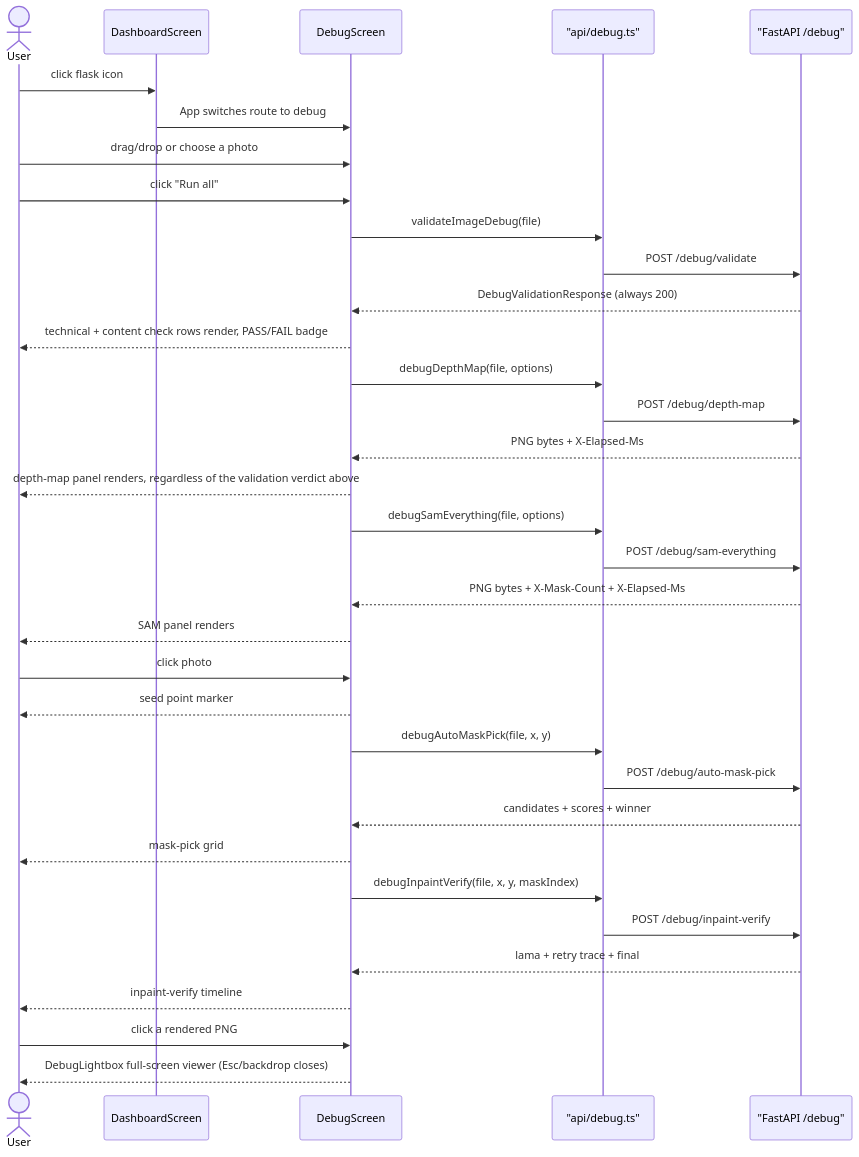
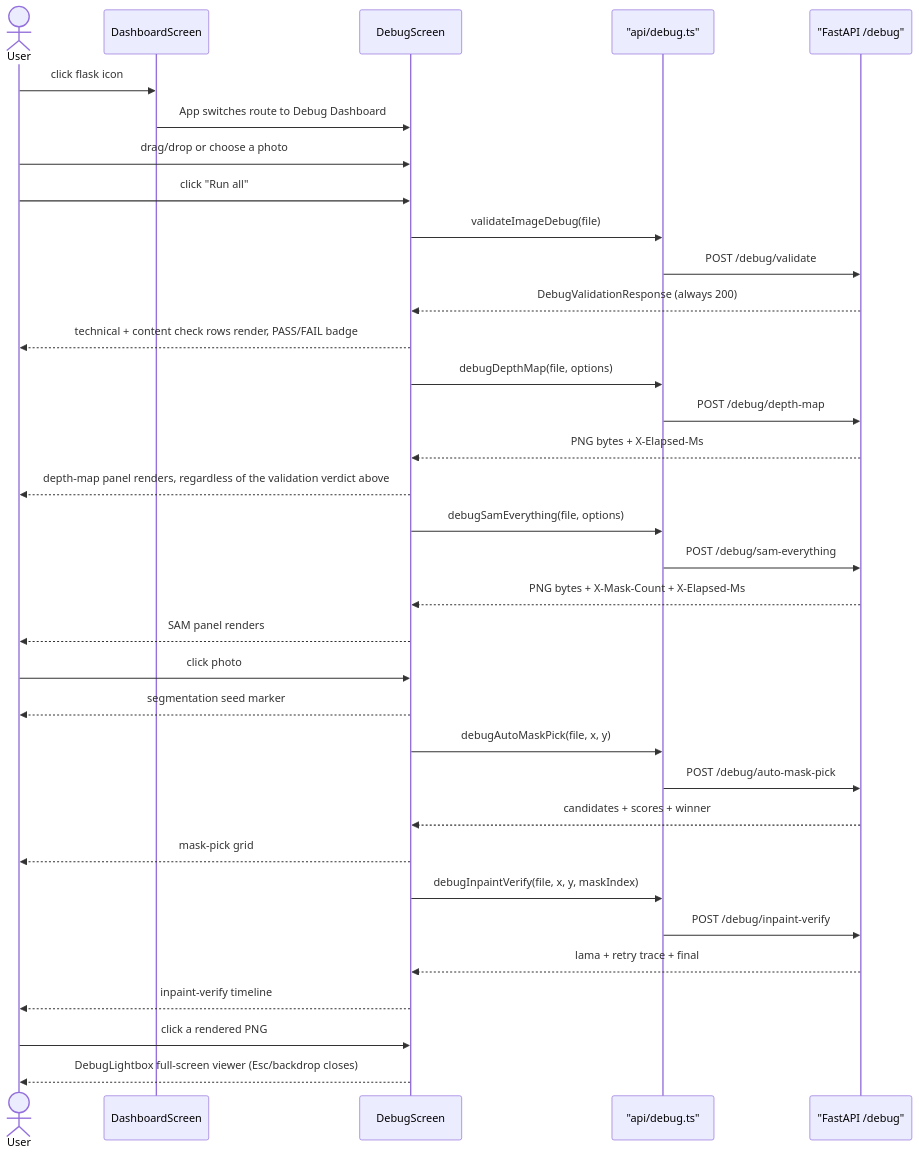
One commit to 1mache/avroom changed the third of 3 diagrams in docs/frontend/user-flow.md. Above: the diagram before and after it, drawn with Mermaid. The commit also changed other lines of this file and 10 other files, not shown here.

````diff
--- a/docs/frontend/user-flow.md
+++ b/docs/frontend/user-flow.md
@@ -89,42 +89,42 @@
 ```mermaid
 sequenceDiagram
     actor User
     participant Dash as DashboardScreen
     participant Debug as DebugScreen
     participant API as "api/debug.ts"
     participant Backend as "FastAPI /debug"
 
     User->>Dash: click flask icon
-    Dash->>Debug: App switches route to debug
+    Dash->>Debug: App switches route to Debug Dashboard
     User->>Debug: drag/drop or choose a photo
     User->>Debug: click "Run all"
 
     Debug->>API: validateImageDebug(file)
     API->>Backend: POST /debug/validate
     Backend-->>Debug: DebugValidationResponse (always 200)
     Debug-->>User: technical + content check rows render, PASS/FAIL badge
 
     Debug->>API: debugDepthMap(file, options)
     API->>Backend: POST /debug/depth-map
     Backend-->>Debug: PNG bytes + X-Elapsed-Ms
     Debug-->>User: depth-map panel renders, regardless of the validation verdict above
 
     Debug->>API: debugSamEverything(file, options)
     API->>Backend: POST /debug/sam-everything
     Backend-->>Debug: PNG bytes + X-Mask-Count + X-Elapsed-Ms
     Debug-->>User: SAM panel renders
 
     User->>Debug: click photo
-    Debug-->>User: seed point marker
+    Debug-->>User: segmentation seed marker
     Debug->>API: debugAutoMaskPick(file, x, y)
     API->>Backend: POST /debug/auto-mask-pick
     Backend-->>Debug: candidates + scores + winner
     Debug-->>User: mask-pick grid
     Debug->>API: debugInpaintVerify(file, x, y, maskIndex)
     API->>Backend: POST /debug/inpaint-verify
     Backend-->>Debug: lama + retry trace + final
     Debug-->>User: inpaint-verify timeline
 
     User->>Debug: click a rendered PNG
     Debug-->>User: DebugLightbox full-screen viewer (Esc/backdrop closes)
 ```
````
